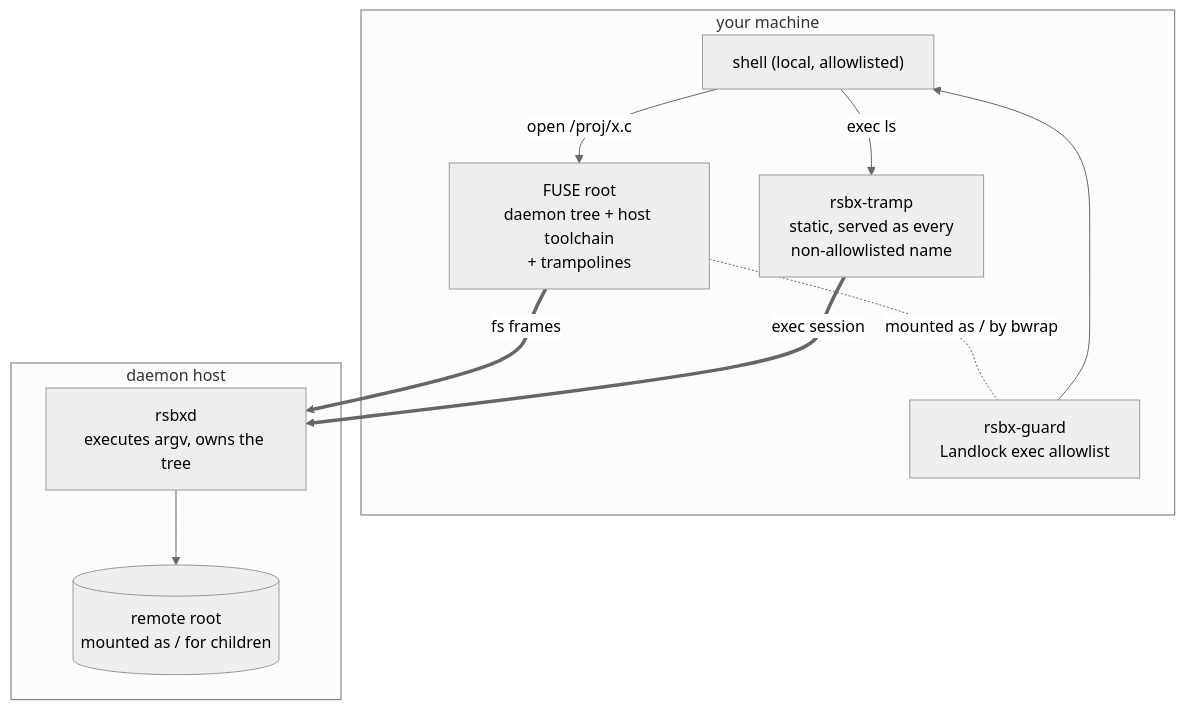
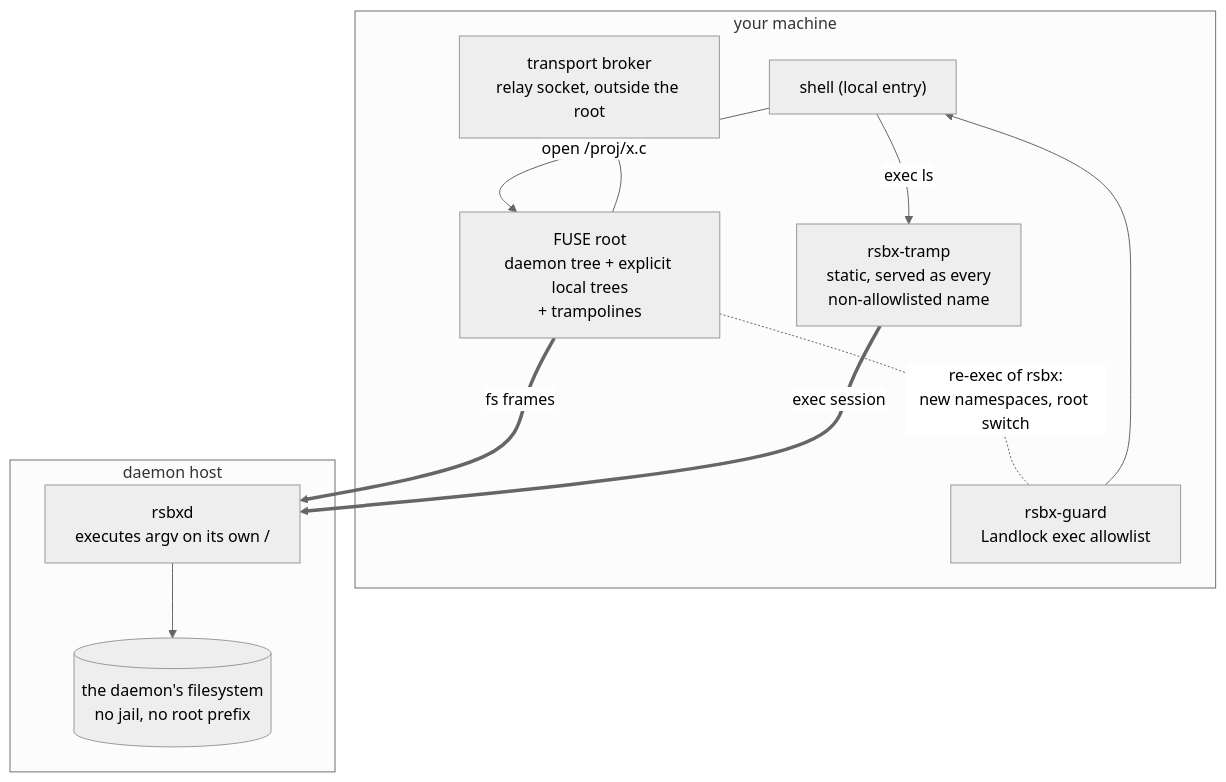
The diagram in README.md (tsic404/rsbx), drawn with Mermaid (neutral theme) before and after one commit. The commit also changed other lines of this file and 55 other files, not shown here.

````diff
--- a/README.md
+++ b/README.md
@@ -37,20 +48,22 @@
 ```mermaid
 flowchart TB
   subgraph client["your machine"]
-    shell["shell (local, allowlisted)"]
-    fuse["FUSE root<br/>daemon tree + host toolchain<br/>+ trampolines"]
+    shell["shell (local entry)"]
+    fuse["FUSE root<br/>daemon tree + explicit local trees<br/>+ trampolines"]
     guard["rsbx-guard<br/>Landlock exec allowlist"]
     tramp["rsbx-tramp<br/>static, served as every<br/>non-allowlisted name"]
+    broker["transport broker<br/>relay socket, outside the root"]
     shell -- "open /proj/x.c" --> fuse
     shell -- "exec ls" --> tramp
-    fuse -. "mounted as / by bwrap" .- guard
+    fuse -. "re-exec of rsbx:<br/>new namespaces, root switch" .- guard
     guard --> shell
+    broker --- fuse
   end
   subgraph remote["daemon host"]
-    d["rsbxd<br/>executes argv, owns the tree"]
-    tree[("remote root<br/>mounted as / for children")]
+    d["rsbxd<br/>executes argv on its own /"]
+    tree[("the daemon's filesystem<br/>no jail, no root prefix")]
     d --> tree
   end
   fuse == "fs frames" ==> d
   tramp == "exec session" ==> d
 ```
````
